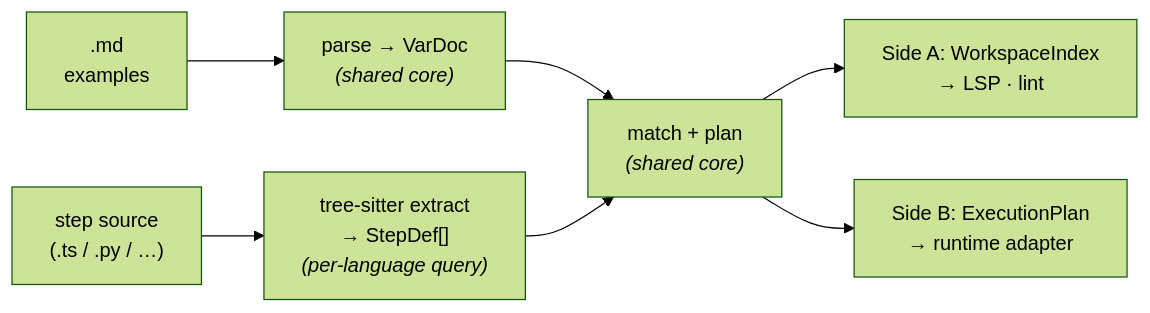
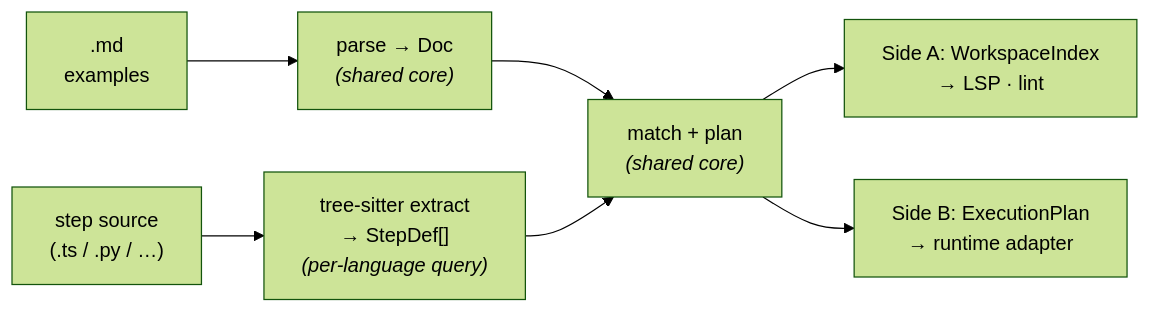
Before and after one commit to varar-dev/varar: the first of 2 diagrams in doc/ARCHITECTURE.md, drawn with Mermaid (forest theme). The commit also changed other lines of this file and 286 other files, not shown here.

````diff
--- a/doc/ARCHITECTURE.md
+++ b/doc/ARCHITECTURE.md
@@ -37,11 +37,11 @@
 ```mermaid
 graph LR
-  MD[".md<br/>examples"] --> PARSE["parse → VarDoc<br/><i>(shared core)</i>"]
+  MD[".md<br/>examples"] --> PARSE["parse → Doc<br/><i>(shared core)</i>"]
   STEPS["step source<br/>(.ts / .py / …)"] --> EXTRACT["tree-sitter extract<br/>→ StepDef[]<br/><i>(per-language query)</i>"]
 
   PARSE --> MATCH["match + plan<br/><i>(shared core)</i>"]
   EXTRACT --> MATCH
 
   MATCH --> A["Side A: WorkspaceIndex<br/>→ LSP · lint"]
   MATCH --> B["Side B: ExecutionPlan<br/>→ runtime adapter"]
 ```
````
